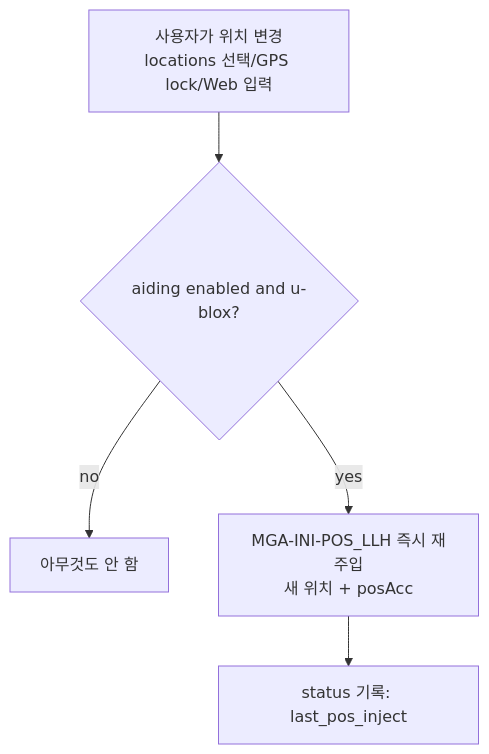
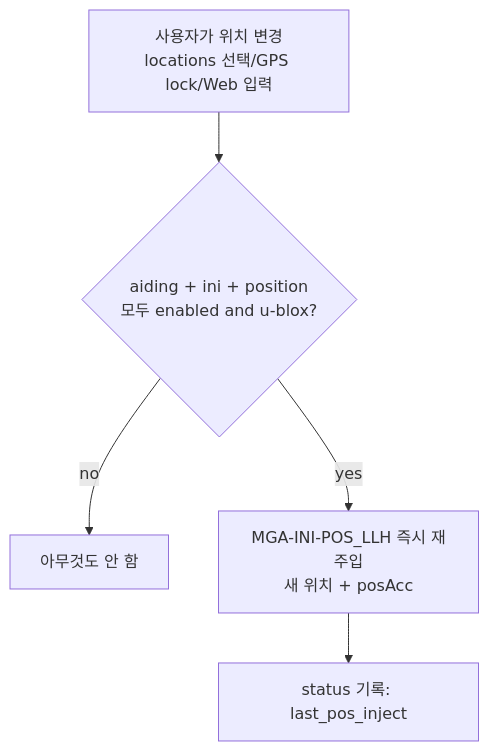
The fifth of 5 diagrams in docs/mf_gps_aiding_plan_ko.md (hjoungjoo/MF_PiFinder), drawn with Mermaid before and after one commit. The commit also changed other lines of this file and 1 other file, not shown here.

First line of the commit message:
docs: make MGA-INI a user-selectable method in the GPS aiding plan

````diff
--- a/docs/mf_gps_aiding_plan_ko.md
+++ b/docs/mf_gps_aiding_plan_ko.md
@@ -198,7 +203,7 @@
 ```mermaid
 flowchart TD
-    A[사용자가 위치 변경<br/>locations 선택/GPS lock/Web 입력] --> B{aiding enabled and u-blox?}
+    A[사용자가 위치 변경<br/>locations 선택/GPS lock/Web 입력] --> B{aiding + ini + position<br/>모두 enabled and u-blox?}
     B -->|no| Z[아무것도 안 함]
     B -->|yes| C[MGA-INI-POS_LLH 즉시 재주입<br/>새 위치 + posAcc]
     C --> D[status 기록: last_pos_inject]
 ```
````
